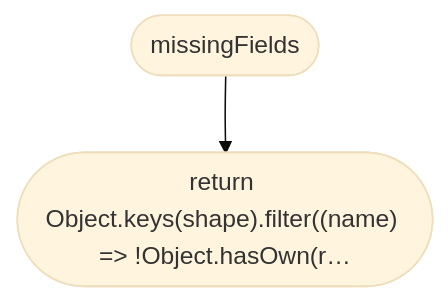
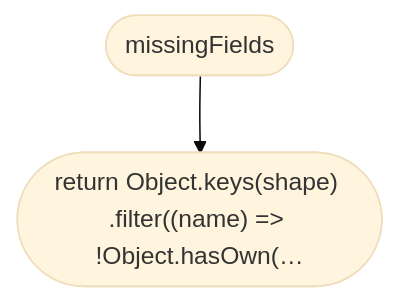
One commit to NewDara-Star/world-engine changed diagram 32 of 48 in docs/flows/src/place/parse.md. Above: the diagram before and after it, drawn with Mermaid (base theme). The commit also changed other lines of this file and 87 other files, not shown here.

````diff
--- a/docs/flows/src/place/parse.md
+++ b/docs/flows/src/place/parse.md
@@ -392,6 +480,6 @@
 ```mermaid
 flowchart TD
   n1(["missingFields"])
-  n2(["return Object.keys(shape).filter((name) =#gt; !Object.hasOwn(r…"])
+  n2(["return Object.keys(shape) .filter((name) =#gt; !Object.hasOwn(…"])
   n1 --> n2
 ```
````
